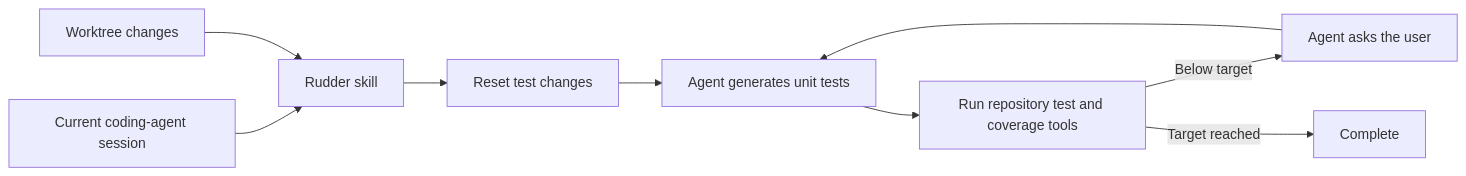
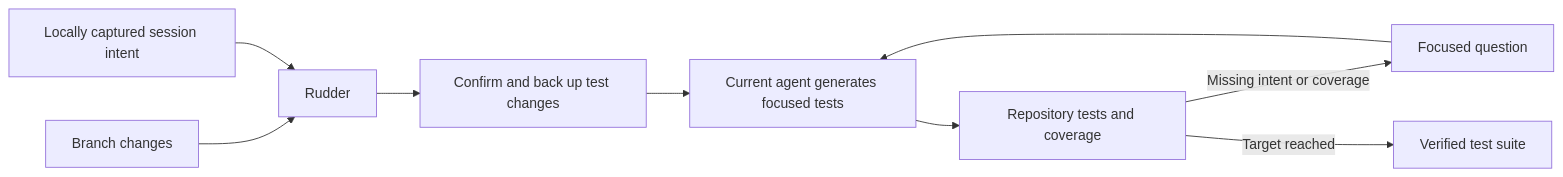
One commit to Vivekyy/Rudder changed the diagram in README.md. Above: the diagram before and after it, drawn with Mermaid. The commit also changed other lines of this file, not shown here.

````diff
--- a/README.md
+++ b/README.md
@@ -30,11 +86,11 @@
 ```mermaid
 flowchart LR
-    A[Current coding-agent session] --> C[Rudder skill]
-    B[Worktree changes] --> C
-    C --> D[Reset test changes]
-    D --> E[Agent generates unit tests]
-    E --> F[Run repository test and coverage tools]
-    F -->|Below target| G[Agent asks the user]
+    A[Branch changes] --> C[Rudder]
+    B[Locally captured session intent] --> C
+    C --> D[Confirm and back up test changes]
+    D --> E[Current agent generates focused tests]
+    E --> F[Repository tests and coverage]
+    F -->|Missing intent or coverage| G[Focused question]
     G --> E
-    F -->|Target reached| H[Complete]
+    F -->|Target reached| H[Verified test suite]
 ```
````
